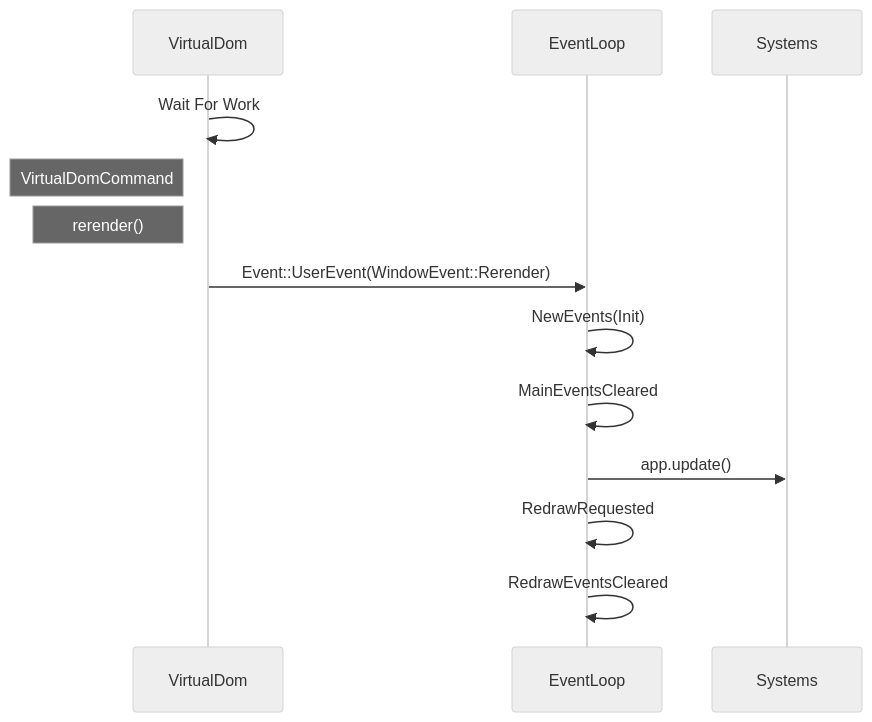
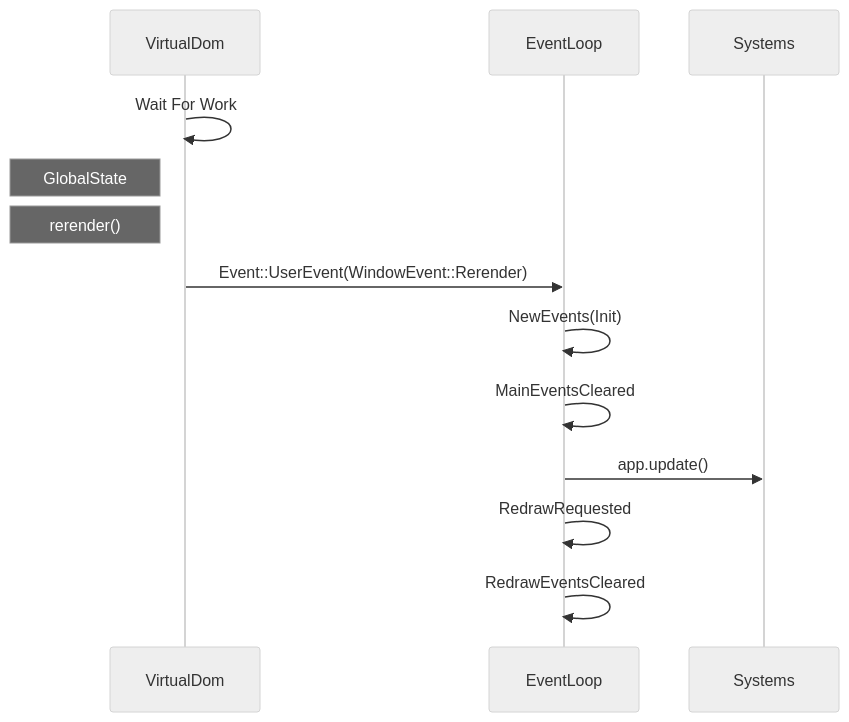
Before and after one commit to Marlboro11526/dip: the second of 4 diagrams in packages/website/content/docs/architecture/overview.md, drawn with Mermaid (neutral theme). The commit also changed other lines of this file and 12 other files, not shown here.

````diff
--- a/packages/website/content/docs/architecture/overview.md
+++ b/packages/website/content/docs/architecture/overview.md
@@ -35,17 +35,17 @@
 ```mermaid
 sequenceDiagram
     participant VirtualDom
     participant EventLoop
     participant Systems
     
     VirtualDom ->> VirtualDom: Wait For Work
-    Note left of VirtualDom: VirtualDomCommand
+    Note left of VirtualDom: GlobalState
     Note left of VirtualDom: rerender();
     VirtualDom ->> EventLoop: Event::UserEvent(WindowEvent::Rerender)
     EventLoop ->> EventLoop: NewEvents(Init)
     EventLoop ->> EventLoop: MainEventsCleared
     EventLoop ->> Systems: app.update()
 
     EventLoop ->> EventLoop: RedrawRequested
     EventLoop ->> EventLoop: RedrawEventsCleared
 ```
````
